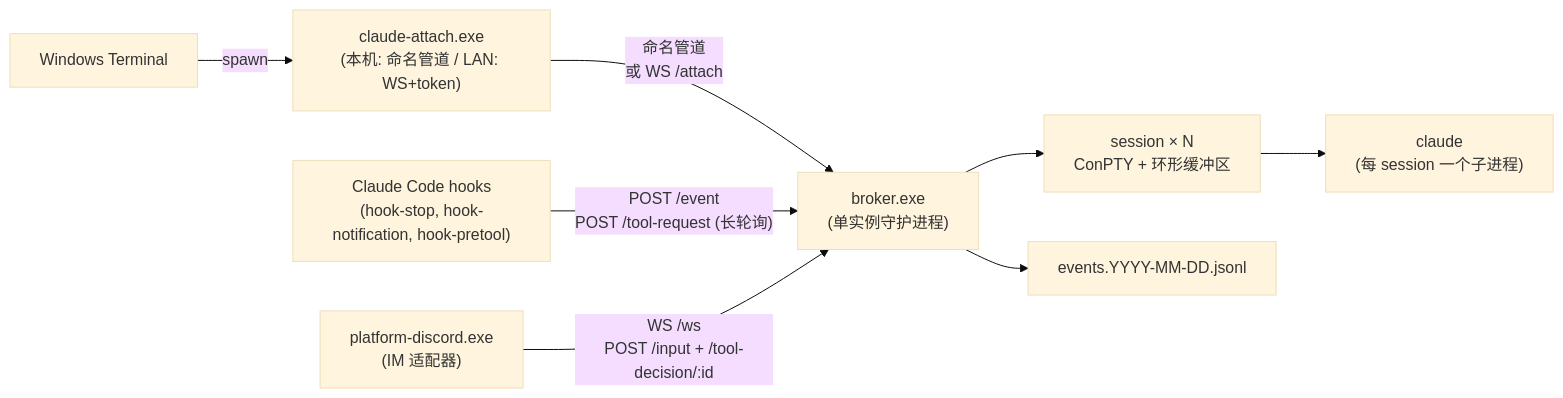
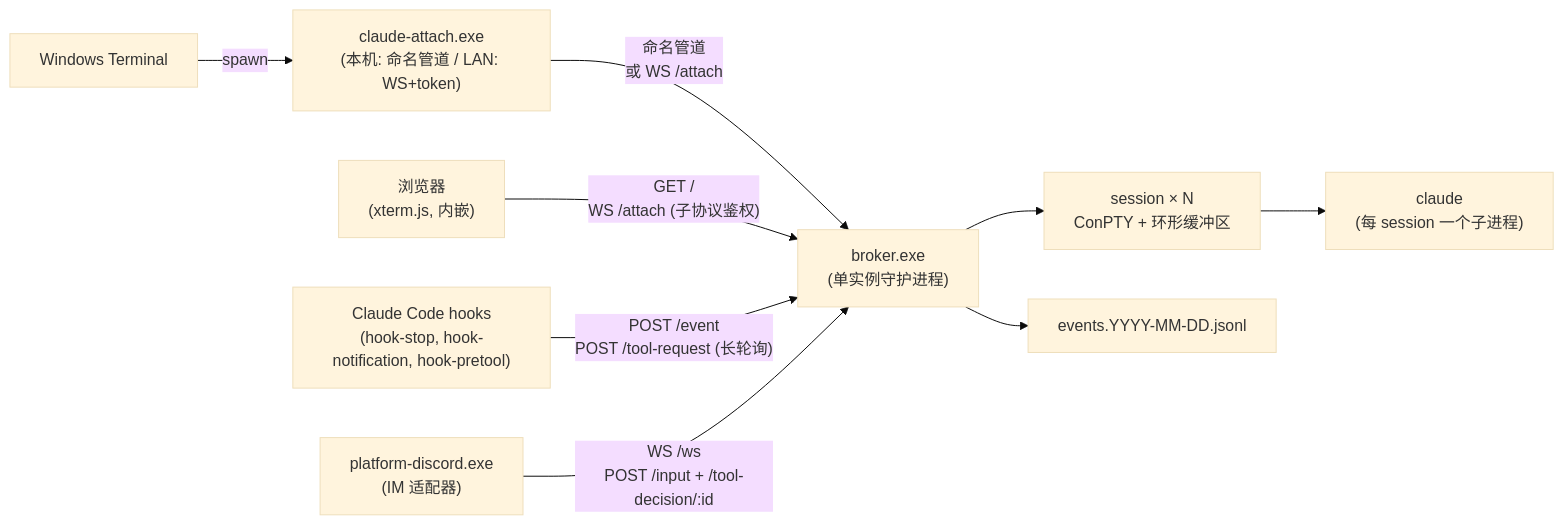
Before and after one commit to TornLux/agentmux: the diagram in README.zh-CN.md, drawn with Mermaid (base theme). The commit also changed other lines of this file and 3 other files, not shown here.

````diff
--- a/README.zh-CN.md
+++ b/README.zh-CN.md
@@ -47,19 +48,21 @@
 ```mermaid
 flowchart LR
     Term["Windows Terminal"]
+    Browser["浏览器<br/>(xterm.js, 内嵌)"]
     Hooks["Claude Code hooks<br/>(hook-stop, hook-notification, hook-pretool)"]
     Attach["claude-attach.exe<br/>(本机: 命名管道 / LAN: WS+token)"]
     Discord["platform-discord.exe<br/>(IM 适配器)"]
     Broker["broker.exe<br/>(单实例守护进程)"]
     Sess["session × N<br/>ConPTY + 环形缓冲区"]
     Claude["claude<br/>(每 session 一个子进程)"]
     Events["events.YYYY-MM-DD.jsonl"]
 
     Term -- "spawn" --> Attach
     Attach -- "命名管道<br/>或 WS /attach" --> Broker
+    Browser -- "GET /<br/>WS /attach (子协议鉴权)" --> Broker
     Hooks -- "POST /event<br/>POST /tool-request (长轮询)" --> Broker
     Discord -- "WS /ws<br/>POST /input + /tool-decision/:id" --> Broker
     Broker --> Sess
     Sess --> Claude
     Broker --> Events
 ```
````
